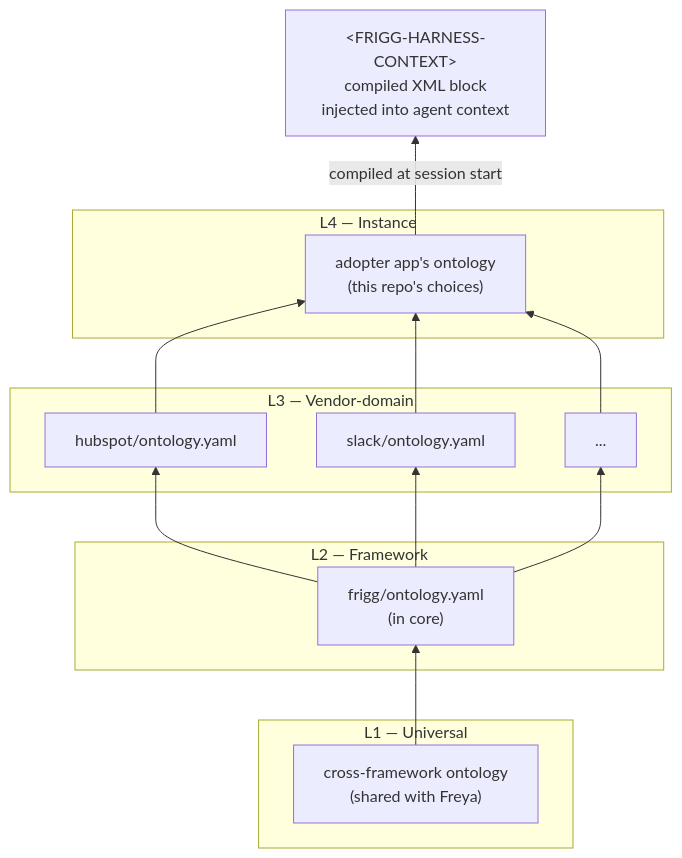
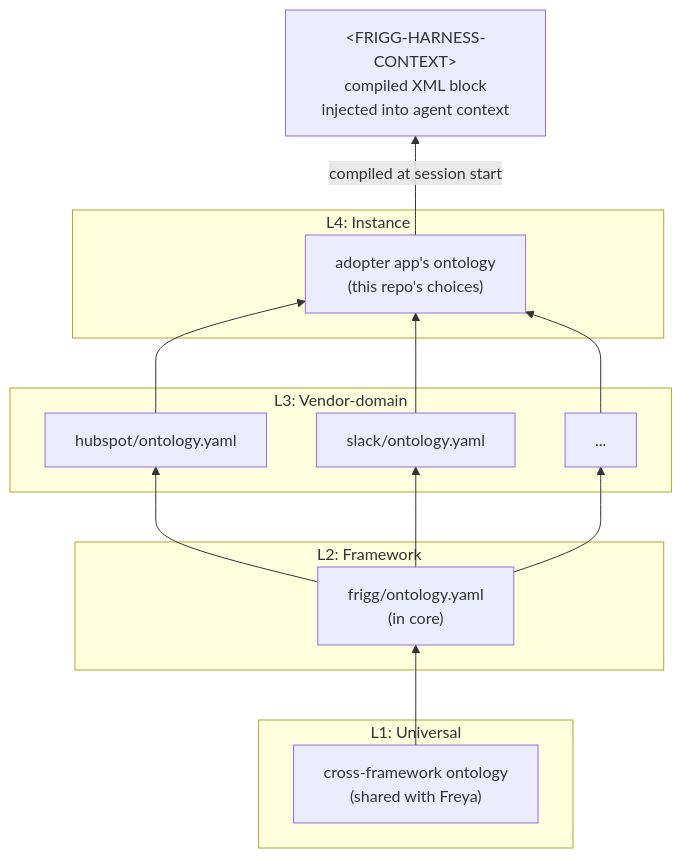
One commit to friggframework/frigg changed the diagram in docs/architecture/ADR-ONTOLOGY.md. Above: the diagram before and after it, drawn with Mermaid. The commit also changed other lines of this file and 10 other files, not shown here.

First line of the commit message:
docs(architecture): cut AI-isms, remove private repo references

````diff
--- a/docs/architecture/ADR-ONTOLOGY.md
+++ b/docs/architecture/ADR-ONTOLOGY.md
@@ -53,21 +53,21 @@
 ```mermaid
 flowchart BT
-    subgraph L4["L4 — Instance"]
+    subgraph L4["L4: Instance"]
         I["adopter app's ontology<br/>(this repo's choices)"]
     end
-    subgraph L3["L3 — Vendor-domain"]
+    subgraph L3["L3: Vendor-domain"]
         H["hubspot/ontology.yaml"]
         S["slack/ontology.yaml"]
         N["..."]
     end
-    subgraph L2["L2 — Framework"]
+    subgraph L2["L2: Framework"]
         F["frigg/ontology.yaml<br/>(in core)"]
     end
-    subgraph L1["L1 — Universal"]
+    subgraph L1["L1: Universal"]
         U["cross-framework ontology<br/>(shared with Freya)"]
     end
     U --> F
     F --> H & S & N
     H & S & N --> I
     I -- "compiled at session start" --> Block["&lt;FRIGG-HARNESS-CONTEXT&gt;<br/>compiled XML block<br/>injected into agent context"]
 ```
````
